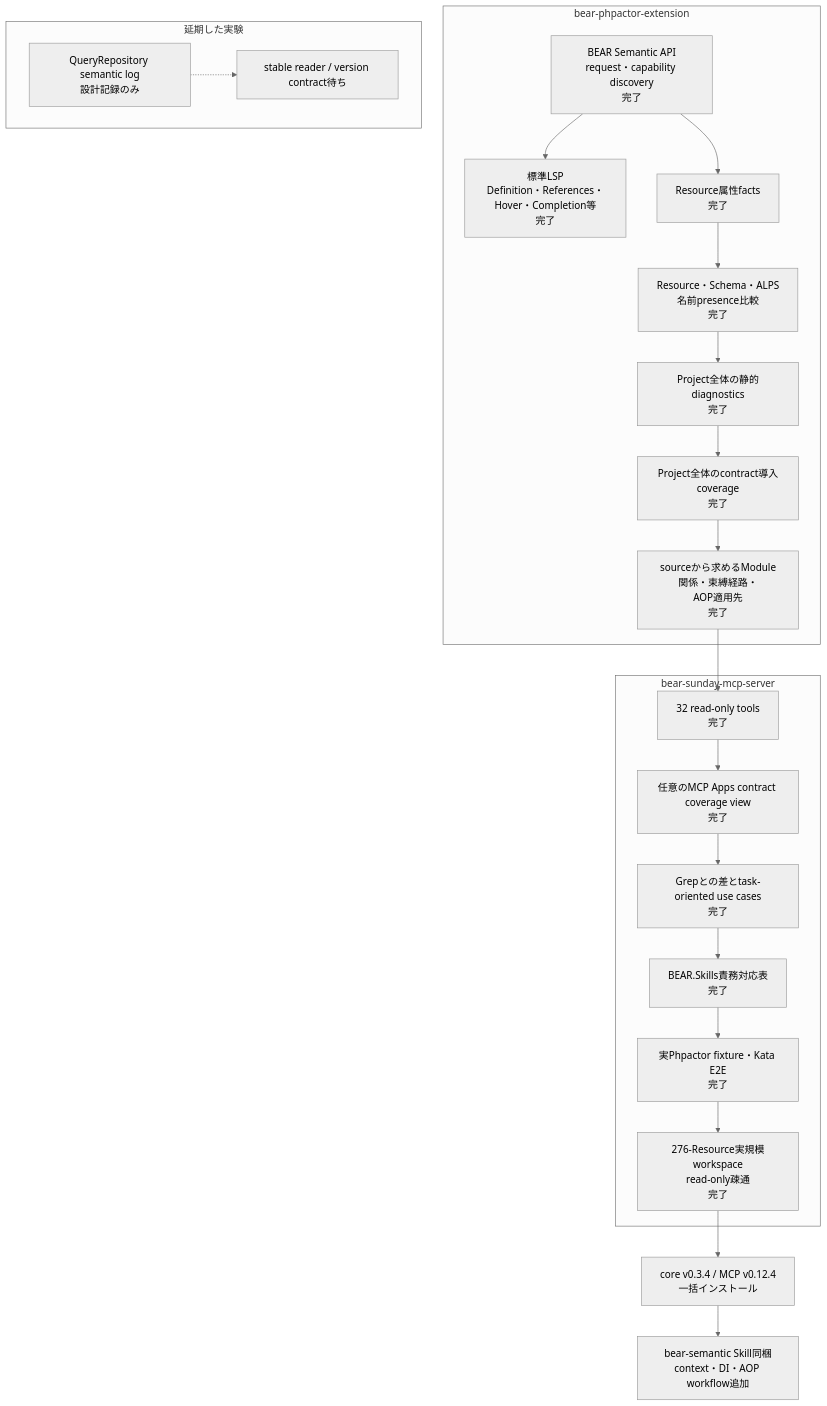
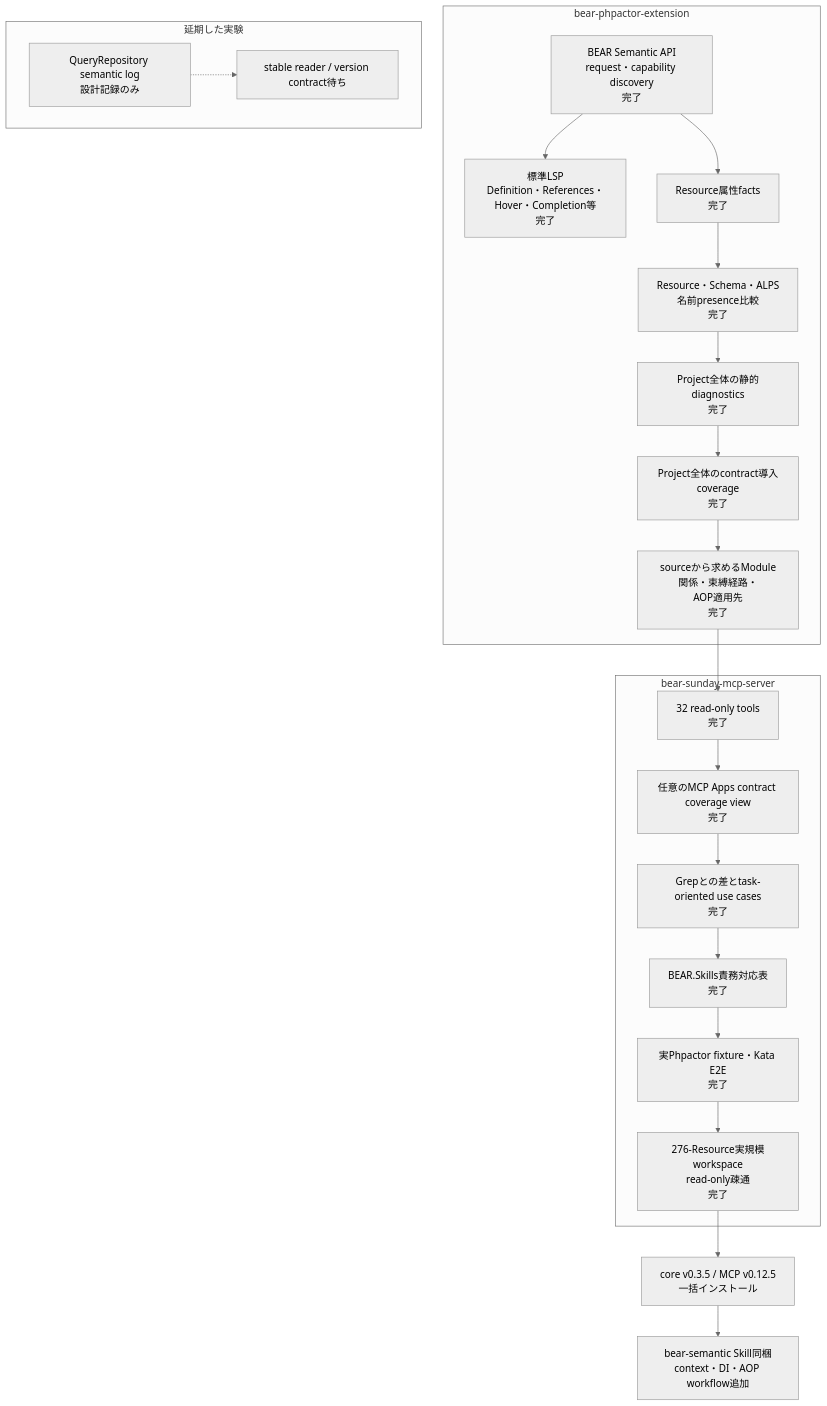
The diagram in docs/project-status.ja.md (suzumaze/bear-sunday-mcp-server), drawn with Mermaid (neutral theme) before and after one commit. The commit also changed other lines of this file and 7 other files, not shown here.

````diff
--- a/docs/project-status.ja.md
+++ b/docs/project-status.ja.md
@@ -8,35 +8,35 @@
 ```mermaid
 flowchart TB
     subgraph Core["bear-phpactor-extension"]
         C1["BEAR Semantic API<br/>request・capability discovery<br/>完了"]
         C2["標準LSP<br/>Definition・References・Hover・Completion等<br/>完了"]
         C3["Resource属性facts<br/>完了"]
         C4["Resource・Schema・ALPS<br/>名前presence比較<br/>完了"]
         C5["Project全体の静的diagnostics<br/>完了"]
         C6["Project全体のcontract導入coverage<br/>完了"]
         C7["sourceから求めるModule関係・束縛経路・<br/>AOP適用先<br/>完了"]
         C1 --> C2
         C1 --> C3 --> C4 --> C5 --> C6 --> C7
     end
 
     subgraph MCP["bear-sunday-mcp-server"]
         M1["32 read-only tools<br/>完了"]
         M0["任意のMCP Apps contract coverage view<br/>完了"]
         M2["Grepとの差とtask-oriented use cases<br/>完了"]
         M3["BEAR.Skills責務対応表<br/>完了"]
         M4["実Phpactor fixture・Kata E2E<br/>完了"]
         M5["276-Resource実規模workspace<br/>read-only疎通<br/>完了"]
         M1 --> M0 --> M2 --> M3 --> M4 --> M5
     end
 
     C7 --> M1
 
     subgraph Deferred["延期した実験"]
         D1["QueryRepository semantic log<br/>設計記録のみ"]
         D2["stable reader / version contract待ち"]
         D1 -.-> D2
     end
 
-    M5 --> R1["core v0.3.4 / MCP v0.12.4<br/>一括インストール"]
+    M5 --> R1["core v0.3.5 / MCP v0.12.5<br/>一括インストール"]
     R1 --> S1["bear-semantic Skill同梱<br/>context・DI・AOP workflow追加"]
 ```
````
